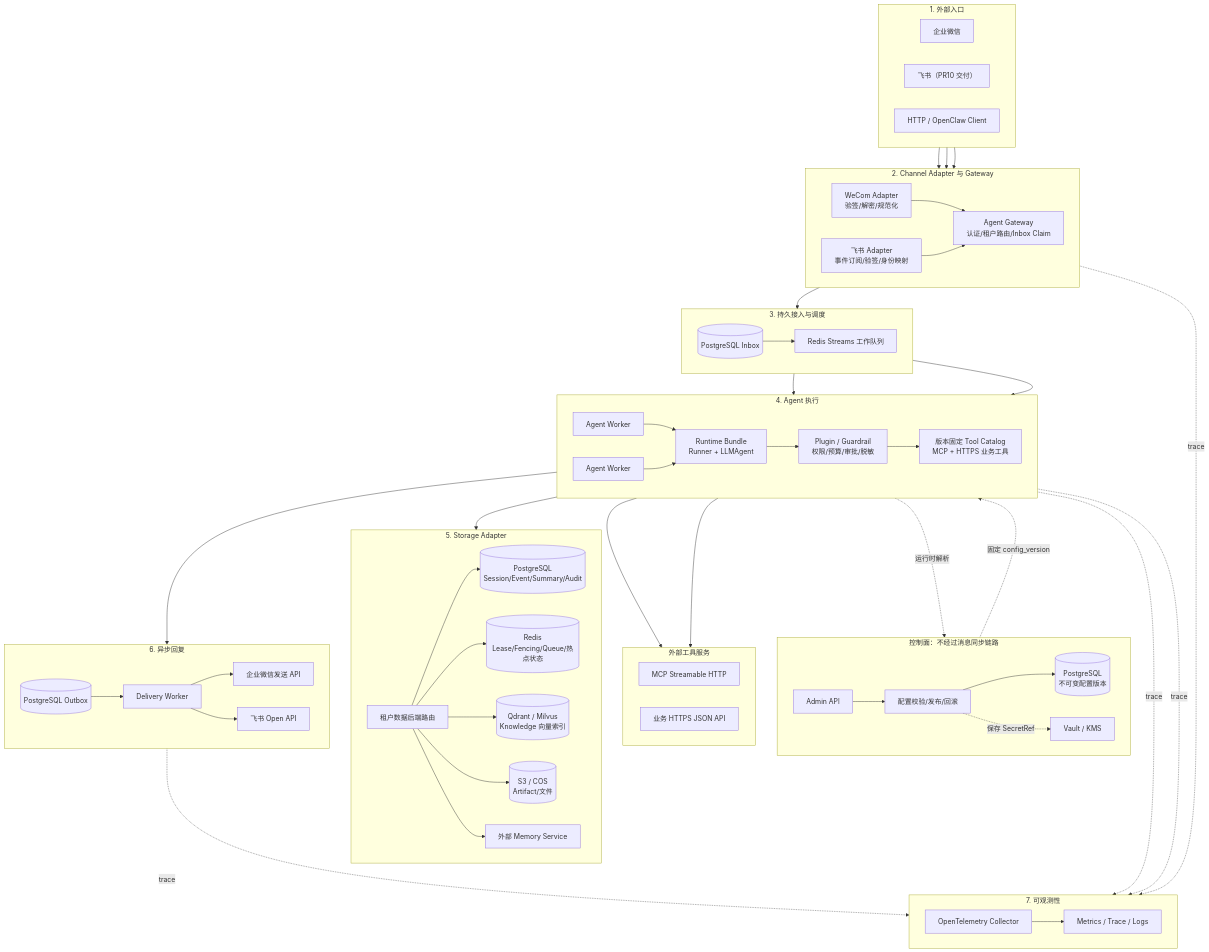
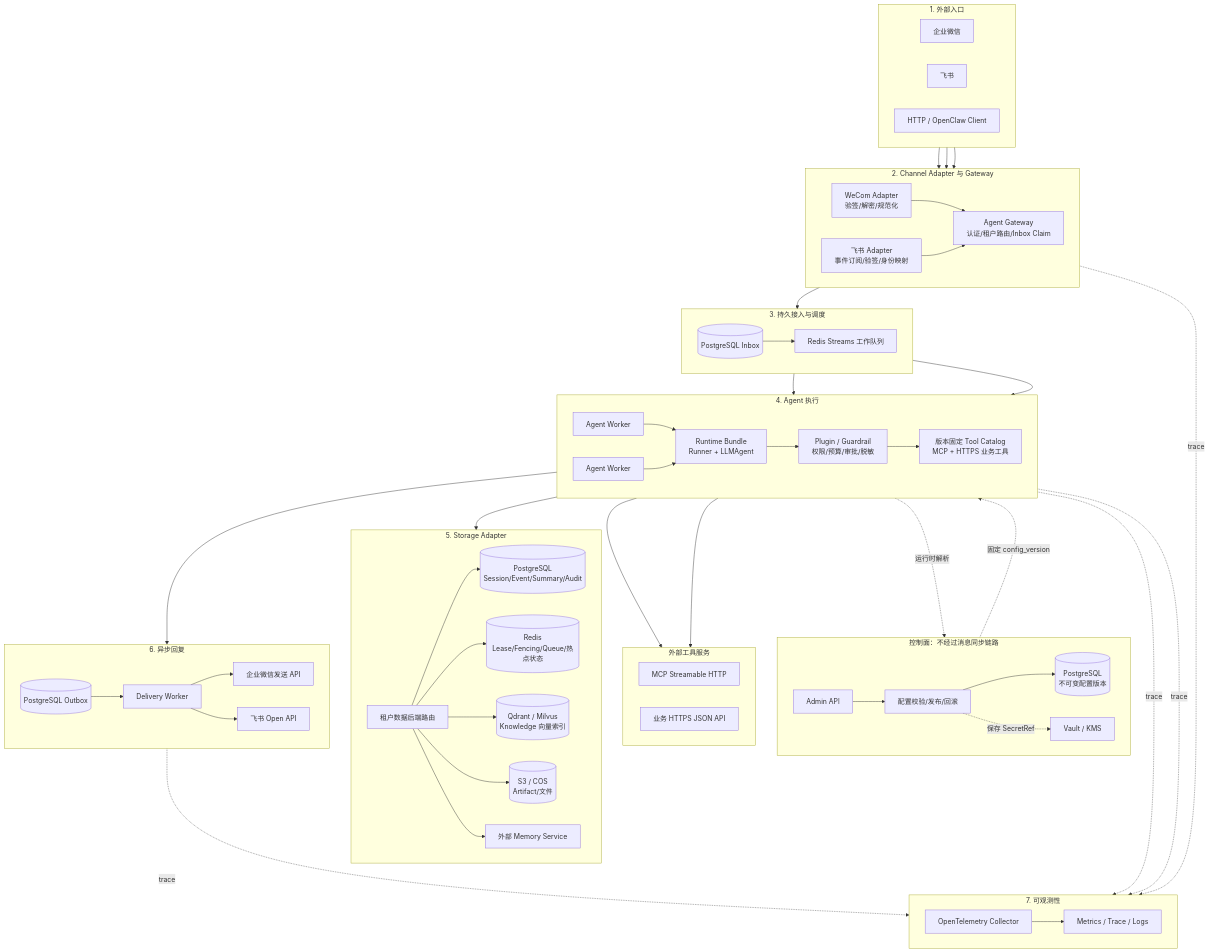
Before and after one commit to Skylm808/trpc-agent-service: the first of 2 diagrams in docs/architecture.md, drawn with Mermaid. The commit also changed other lines of this file and 35 other files, not shown here.

```diff
--- a/docs/architecture.md
+++ b/docs/architecture.md
@@ -17,7 +17,7 @@
     subgraph IM["1. 外部入口"]
         direction LR
         WC[企业微信]
-        FS[飞书（PR10 交付）]
+        FS[飞书]
         HC[HTTP / OpenClaw Client]
     end
 
```
